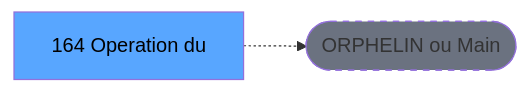
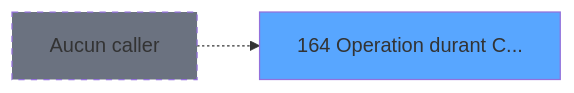
One commit to thonyAGP/lecteur-magic changed the second of 3 diagrams in .openspec/specs/ADH-IDE-164.md. Above: the diagram before and after it, drawn with Mermaid. The commit also changed other lines of this file and 96 other files, not shown here.

````diff
--- a/.openspec/specs/ADH-IDE-164.md
+++ b/.openspec/specs/ADH-IDE-164.md
@@ -117,8 +134,8 @@
 ```mermaid
 graph LR
-    T[164    Operation du]
-    ORPHAN([ORPHELIN ou Main])
-    T -.-> ORPHAN
-    style T fill:#58a6ff,color:#000
-    style ORPHAN fill:#6b7280,stroke-dasharray: 5 5
+    T164[164 Operation durant C...]
+    style T164 fill:#58a6ff
+    NONE[Aucun caller]
+    NONE -.-> T164
+    style NONE fill:#6b7280,stroke-dasharray: 5 5
 ```
````
